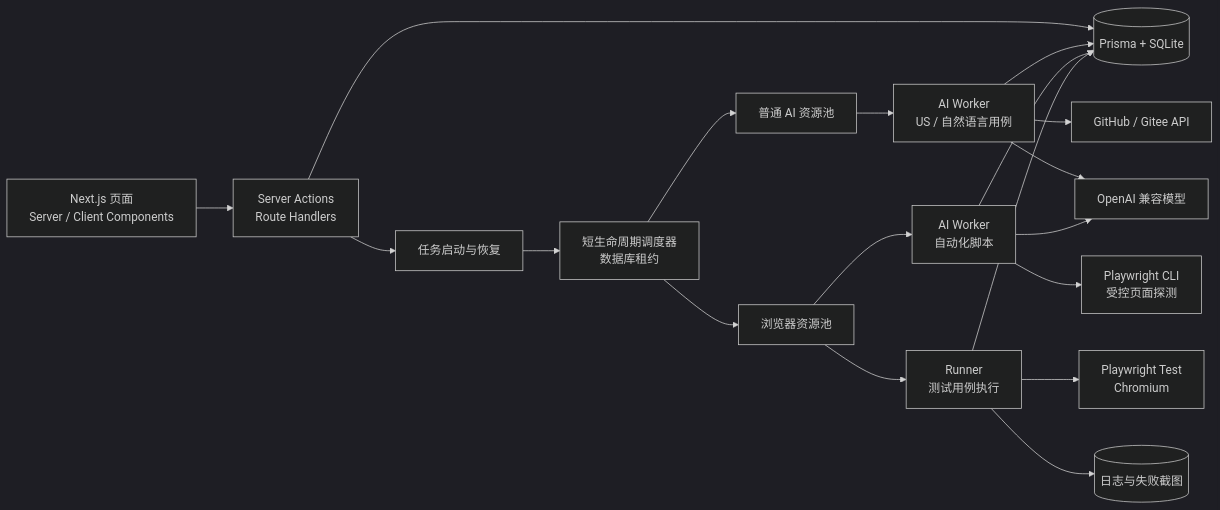
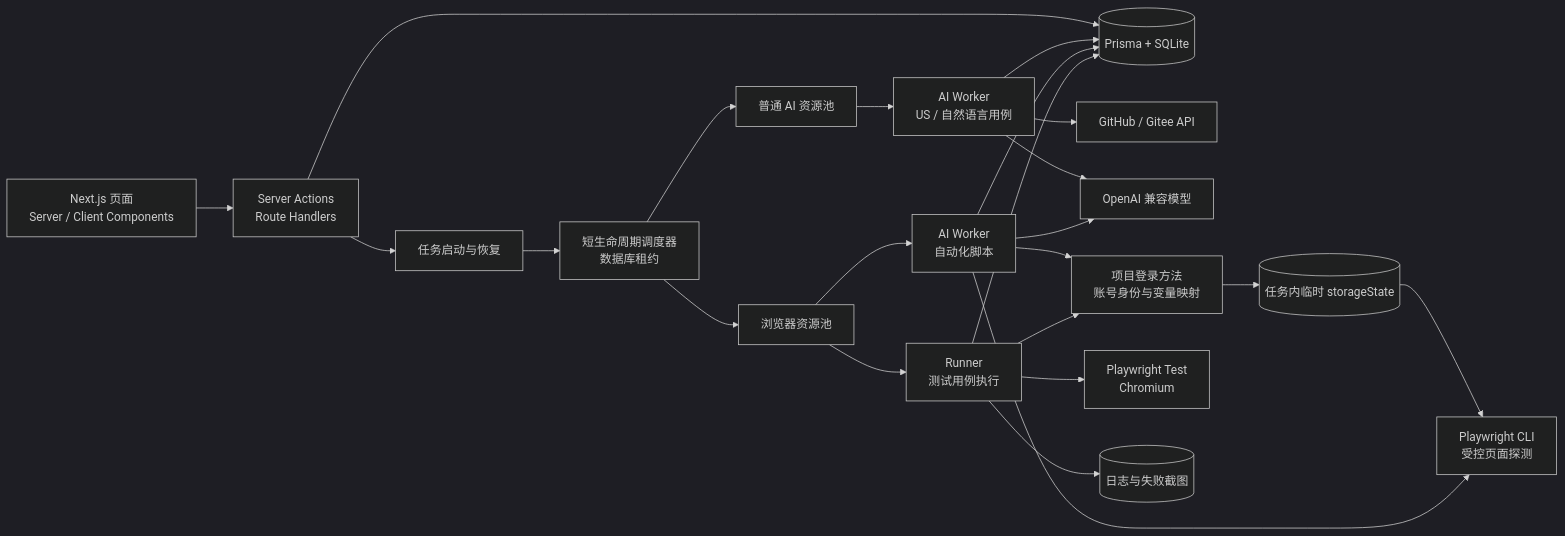
Before and after one commit to qianzgcn/spec-chain: the first of 2 diagrams in README.md, drawn with Mermaid (dark theme). The commit also changed other lines of this file and 42 other files, not shown here.

````diff
--- a/README.md
+++ b/README.md
@@ -138,37 +139,43 @@
 ```mermaid
 flowchart LR
   UI["Next.js 页面<br/>Server / Client Components"]
   ENTRY["Server Actions<br/>Route Handlers"]
   DB[("Prisma + SQLite")]
   LAUNCHER["任务启动与恢复"]
   SCHEDULER["短生命周期调度器<br/>数据库租约"]
   AI_POOL["普通 AI 资源池"]
   BROWSER_POOL["浏览器资源池"]
   AI_WORKER["AI Worker<br/>US / 自然语言用例"]
   SCRIPT_WORKER["AI Worker<br/>自动化脚本"]
   RUNNER["Runner<br/>测试用例执行"]
   REPO["GitHub / Gitee API"]
   MODEL["OpenAI 兼容模型"]
+  AUTH["项目登录方法<br/>账号身份与变量映射"]
+  STATE[("任务内临时 storageState")]
   CLI["Playwright CLI<br/>受控页面探测"]
   PW["Playwright Test<br/>Chromium"]
   ARTIFACTS[("日志与失败截图")]
 
   UI --> ENTRY
   ENTRY --> DB
   ENTRY --> LAUNCHER
   LAUNCHER --> SCHEDULER
   SCHEDULER --> AI_POOL
   SCHEDULER --> BROWSER_POOL
   AI_POOL --> AI_WORKER
   BROWSER_POOL --> SCRIPT_WORKER
   BROWSER_POOL --> RUNNER
   AI_WORKER --> REPO
   AI_WORKER --> MODEL
   SCRIPT_WORKER --> MODEL
+  SCRIPT_WORKER --> AUTH
+  AUTH --> STATE
+  STATE --> CLI
   SCRIPT_WORKER --> CLI
+  RUNNER --> AUTH
   RUNNER --> PW
   AI_WORKER --> DB
   SCRIPT_WORKER --> DB
   RUNNER --> DB
   RUNNER --> ARTIFACTS
 ```
````
